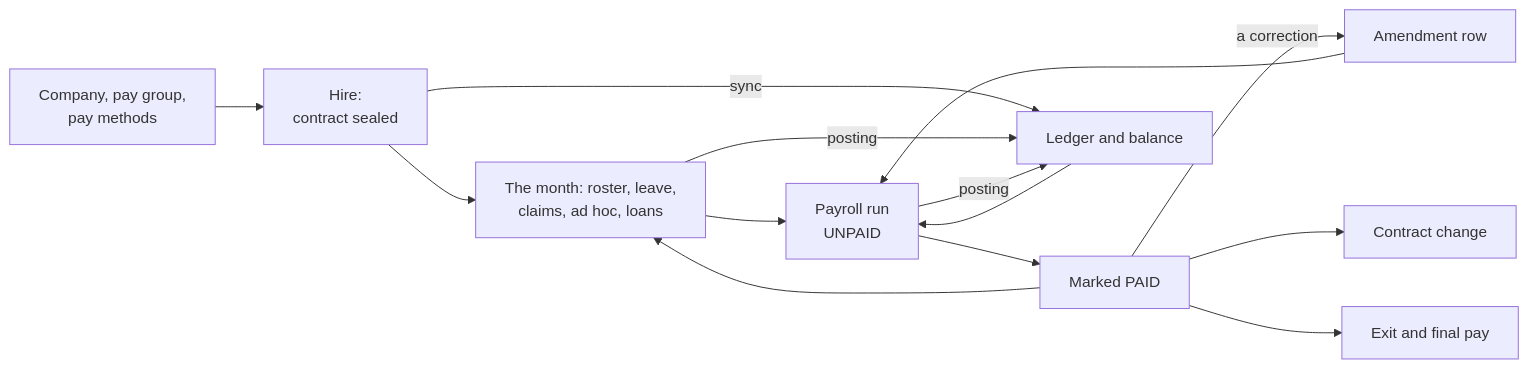
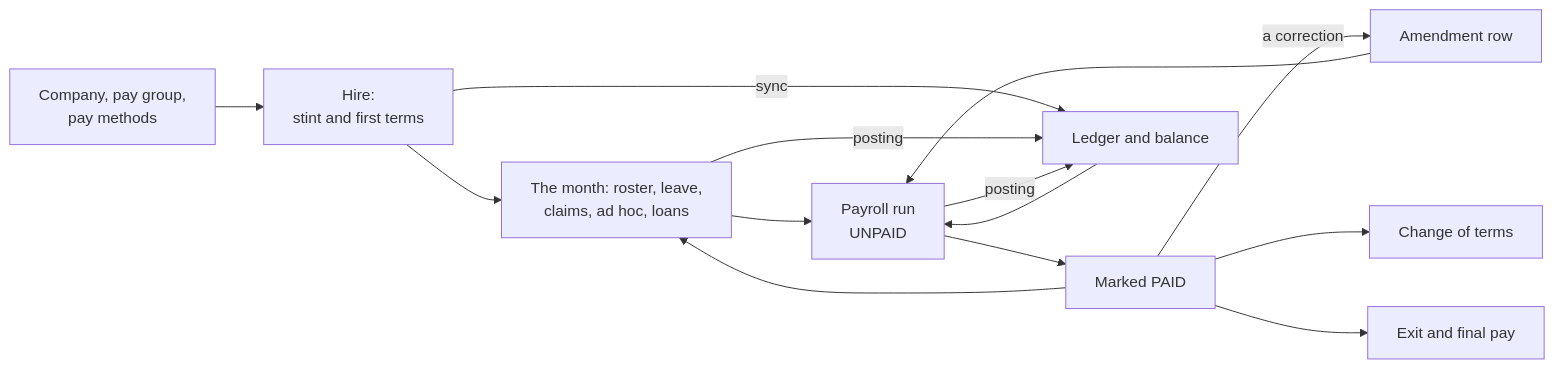
One commit to norbital-ai/templates changed the first of 3 diagrams in hrms/docs/0008-mechanisms-walkthrough.md. Above: the diagram before and after it, drawn with Mermaid. The commit also changed other lines of this file and 179 other files, not shown here.

````diff
--- a/hrms/docs/0008-mechanisms-walkthrough.md
+++ b/hrms/docs/0008-mechanisms-walkthrough.md
@@ -14,16 +14,16 @@
 ```mermaid
 flowchart LR
-  setup[Company, pay group,<br/>pay methods] --> hire[Hire:<br/>contract sealed]
+  setup[Company, pay group,<br/>pay methods] --> hire[Hire:<br/>stint and first terms]
   hire --> month[The month: roster, leave,<br/>claims, ad hoc, loans]
   month --> run[Payroll run<br/>UNPAID]
   run --> paid[Marked PAID]
   paid --> month
   hire -- sync --> balance[Ledger and balance]
   month -- posting --> balance
   run -- posting --> balance
   balance --> run
   paid -- a correction --> amend[Amendment row]
   amend --> run
-  paid --> change[Contract change]
+  paid --> change[Change of terms]
   paid --> exit[Exit and final pay]
 ```
````
